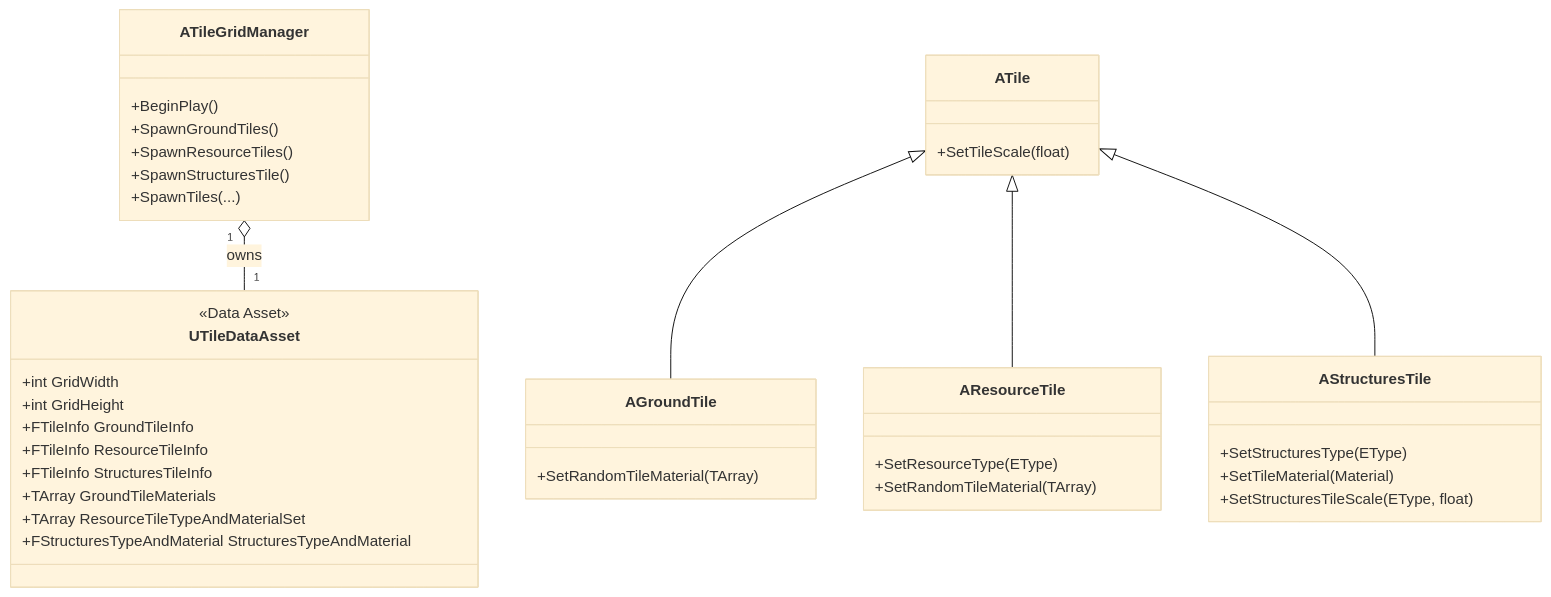
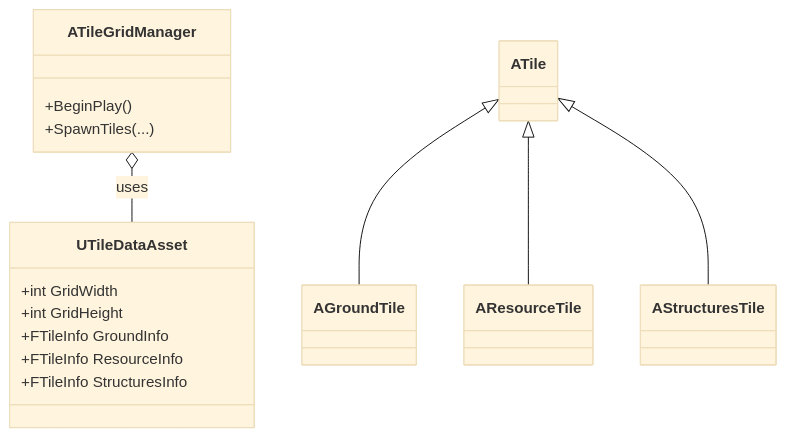
One commit to WJMcode/MBFactorio changed the second of 4 diagrams in README.md. Above: the diagram before and after it, drawn with Mermaid (base theme).

````diff
--- a/README.md
+++ b/README.md
@@ -41,42 +41,24 @@
 ```mermaid
 classDiagram
-    ATileGridManager "1" o-- "1" UTileDataAsset : owns
+    %% 매니저와 데이터 에셋 관계
+    ATileGridManager o-- UTileDataAsset : uses
+
+    %% 매니저 메서드
     ATileGridManager : +BeginPlay()
-    ATileGridManager : +SpawnGroundTiles()
-    ATileGridManager : +SpawnResourceTiles()
-    ATileGridManager : +SpawnStructuresTile()
     ATileGridManager : +SpawnTiles(...)
 
-    class UTileDataAsset {
-      <<Data Asset>>
-      +int GridWidth
-      +int GridHeight
-      +FTileInfo GroundTileInfo
-      +FTileInfo ResourceTileInfo
-      +FTileInfo StructuresTileInfo
-      +TArray<Material> GroundTileMaterials
-      +TArray<FResourceTypeAndMaterials> ResourceTileTypeAndMaterialSet
-      +FStructuresTypeAndMaterial StructuresTypeAndMaterial
-    }
+    %% 데이터 에셋 주요 속성
+    UTileDataAsset : +int GridWidth
+    UTileDataAsset : +int GridHeight
+    UTileDataAsset : +FTileInfo GroundInfo
+    UTileDataAsset : +FTileInfo ResourceInfo
+    UTileDataAsset : +FTileInfo StructuresInfo
 
-    class ATile {
-      +SetTileScale(float)
-    }
+    %% Tile 계층 구조
+    class ATile
     ATile <|-- AGroundTile
     ATile <|-- AResourceTile
     ATile <|-- AStructuresTile
 
-    class AGroundTile {
-      +SetRandomTileMaterial(TArray<Material>)
-    }
-    class AResourceTile {
-      +SetResourceType(EType)
-      +SetRandomTileMaterial(TArray<Material>)
-    }
-    class AStructuresTile {
-      +SetStructuresType(EType)
-      +SetTileMaterial(Material)
-      +SetStructuresTileScale(EType, float)
-    }
 
 ```
````
